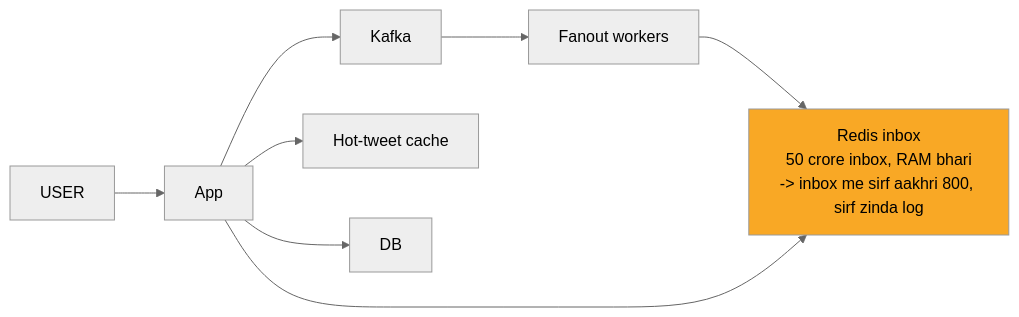
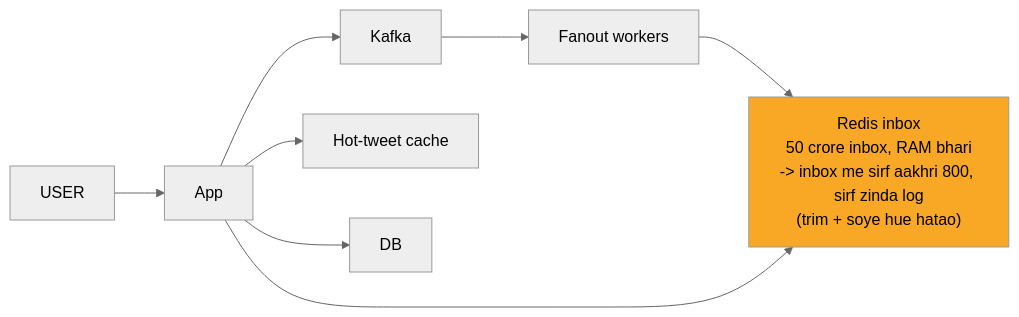
Before and after one commit to ArpanMaheshwari144/Prep: the sixth of 12 diagrams in 04_HLD/SYSTEM_DESIGNS/03_twitter_feed/03_twitter_feed.md, drawn with Mermaid (neutral theme). The commit also changed other lines of this file and 10 other files, not shown here.

````diff
--- a/04_HLD/SYSTEM_DESIGNS/03_twitter_feed/03_twitter_feed.md
+++ b/04_HLD/SYSTEM_DESIGNS/03_twitter_feed/03_twitter_feed.md
@@ -239,18 +239,18 @@
 ```mermaid
 flowchart LR
     n_USER["USER"]
     n_App["App"]
     n_Kafka["Kafka"]
     n_Fanout_workers["Fanout workers"]
-    n_Redis_inbox["Redis inbox<br/>50 crore inbox, RAM bhari<br/>-> inbox me sirf aakhri 800, sirf zinda log"]
+    n_Redis_inbox["Redis inbox<br/>50 crore inbox, RAM bhari<br/>-> inbox me sirf aakhri 800, sirf zinda log<br/>(trim + soye hue hatao)"]
     n_Hot_tweet_cache["Hot-tweet cache"]
     n_DB["DB"]
     n_USER --> n_App
     n_App --> n_Kafka
     n_App --> n_Hot_tweet_cache
     n_App --> n_DB
     n_Kafka --> n_Fanout_workers
     n_Fanout_workers --> n_Redis_inbox
     n_App --> n_Redis_inbox
     style n_Redis_inbox fill:#f9a825,color:#000
 ```
````
